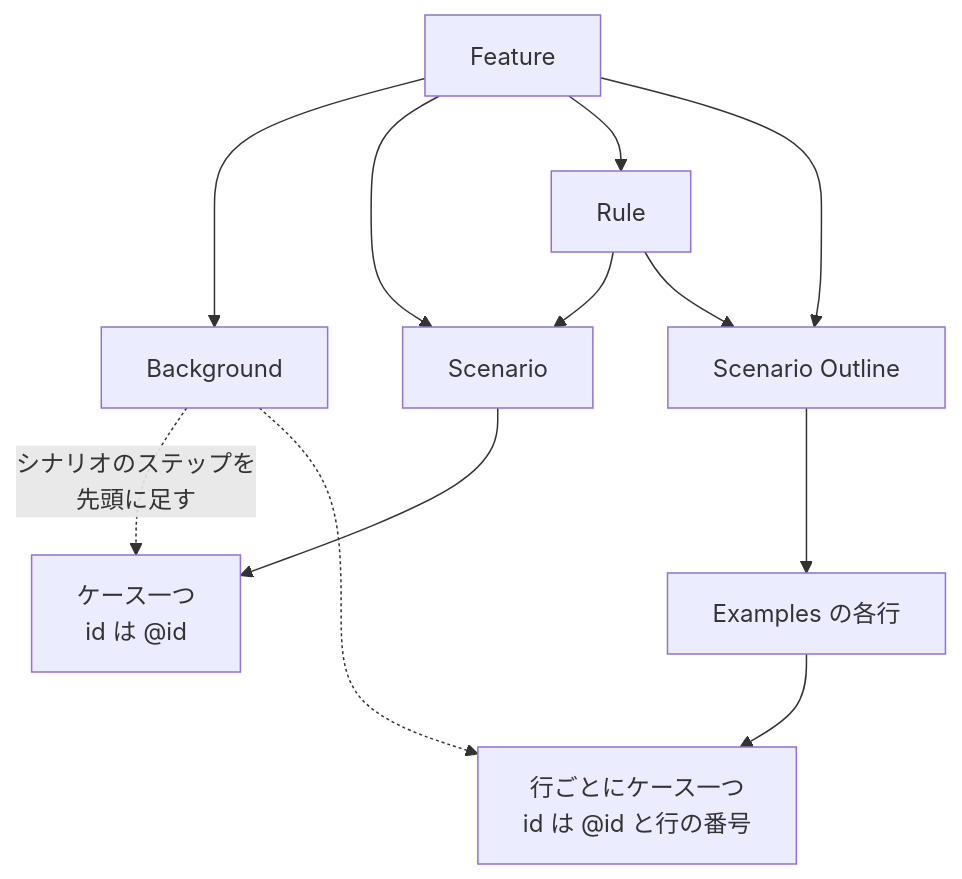
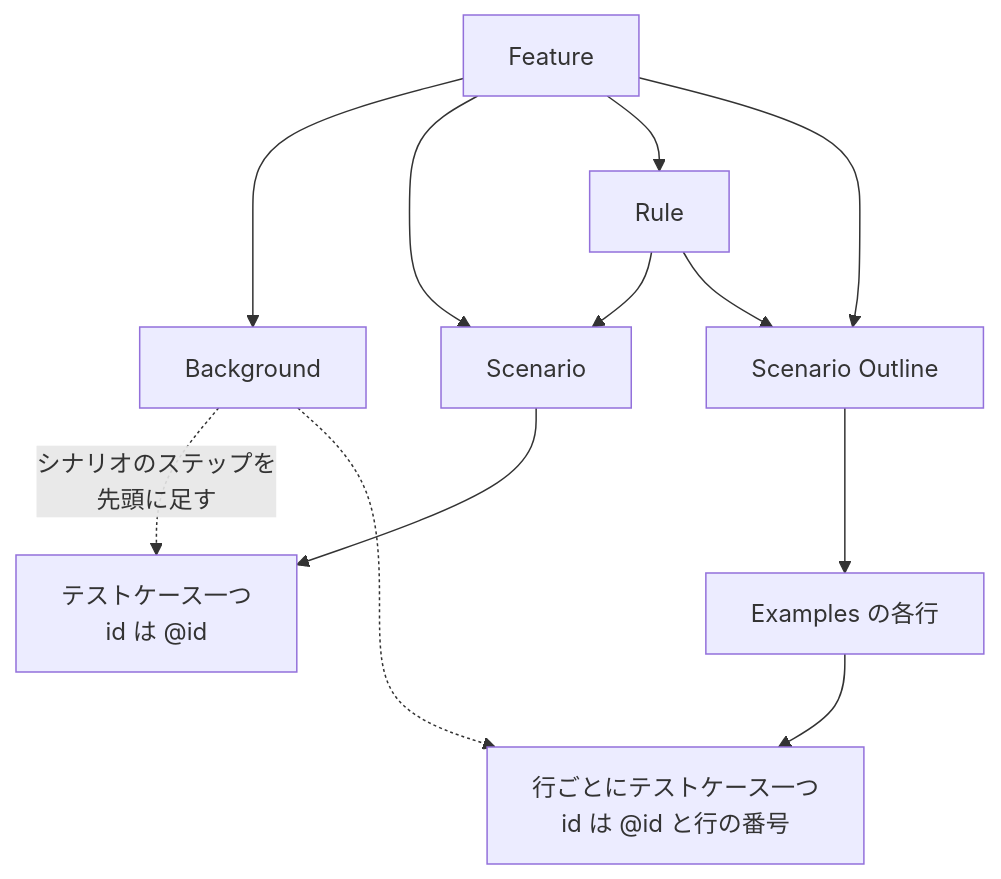
One commit to maronnjapan/maronn-openid-connect changed diagram 19 of 29 in apps/tests/docs/01-read.md. Above: the diagram before and after it, drawn with Mermaid. The commit also changed other lines of this file and 11 other files, not shown here.

````diff
--- a/apps/tests/docs/01-read.md
+++ b/apps/tests/docs/01-read.md
@@ -1519,14 +1891,14 @@
 ```mermaid
 flowchart TB
   D["Feature"] --> B["Background"]
   D --> S["Scenario"]
   D --> R["Rule"]
   R --> S
   R --> O["Scenario Outline"]
   D --> O
   O --> E["Examples の各行"]
-  S --> C1["ケース一つ<br/>id は @id"]
-  E --> C2["行ごとにケース一つ<br/>id は @id と行の番号"]
+  S --> C1["テストケース一つ<br/>id は @id"]
+  E --> C2["行ごとにテストケース一つ<br/>id は @id と行の番号"]
   B -.->|"シナリオのステップを<br/>先頭に足す"| C1
   B -.-> C2
 ```
````
